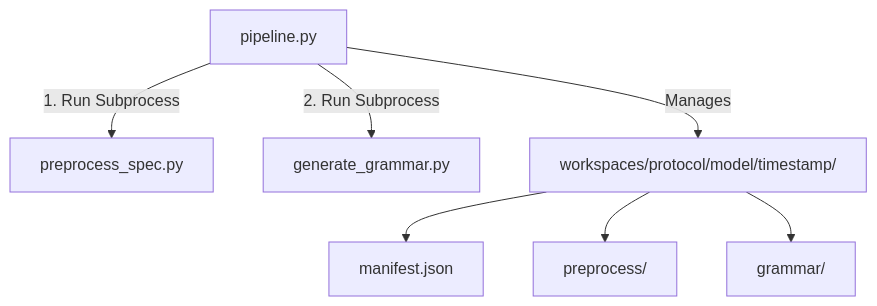
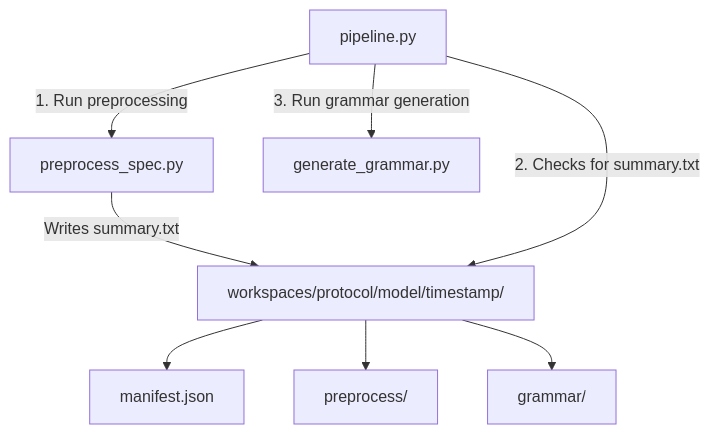
One commit to bautipeirone/SpicyGen changed the diagram in docs/pipeline.md. Above: the diagram before and after it, drawn with Mermaid. The commit also changed other lines of this file and 1 other file, not shown here.

Commit message:
Update docs with pipeline usage.

````diff
--- a/docs/pipeline.md
+++ b/docs/pipeline.md
@@ -117,9 +126,11 @@
 ```mermaid
 graph TD
-    P["pipeline.py"] -->|"1. Run Subprocess"| PS["preprocess_spec.py"]
-    P -->|"2. Run Subprocess"| GG["generate_grammar.py"]
-    P -->|"Manages"| WS["workspaces/protocol/model/timestamp/"]
+    P["pipeline.py"] -->|"1. Run preprocessing"| PS["preprocess_spec.py"]
+    PS -->|"Writes summary.txt"| WS
+    P -->|"2. Checks for summary.txt"| WS
+    P -->|"3. Run grammar generation"| GG["generate_grammar.py"]
+    WS["workspaces/protocol/model/timestamp/"]
     WS --> M["manifest.json"]
     WS --> PP["preprocess/"]
     WS --> GR["grammar/"]
 ```
````
